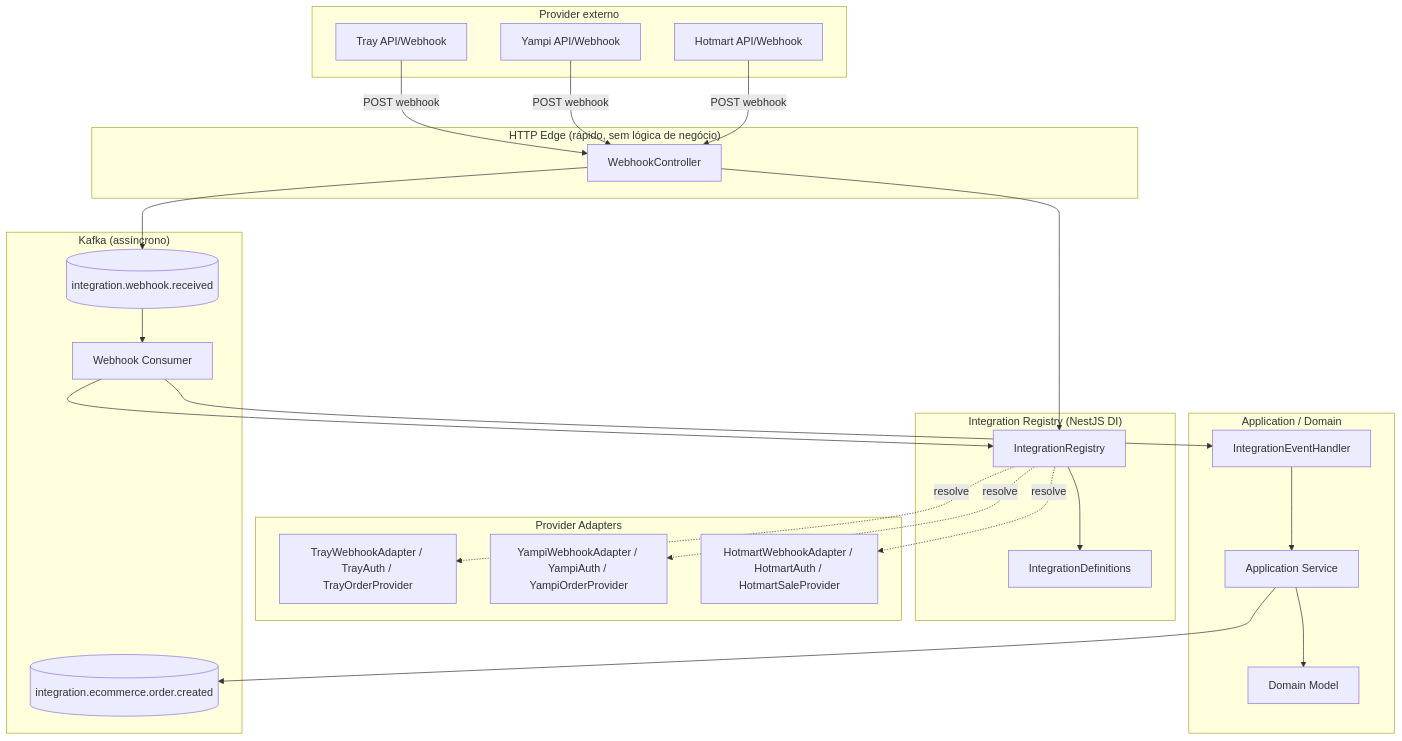
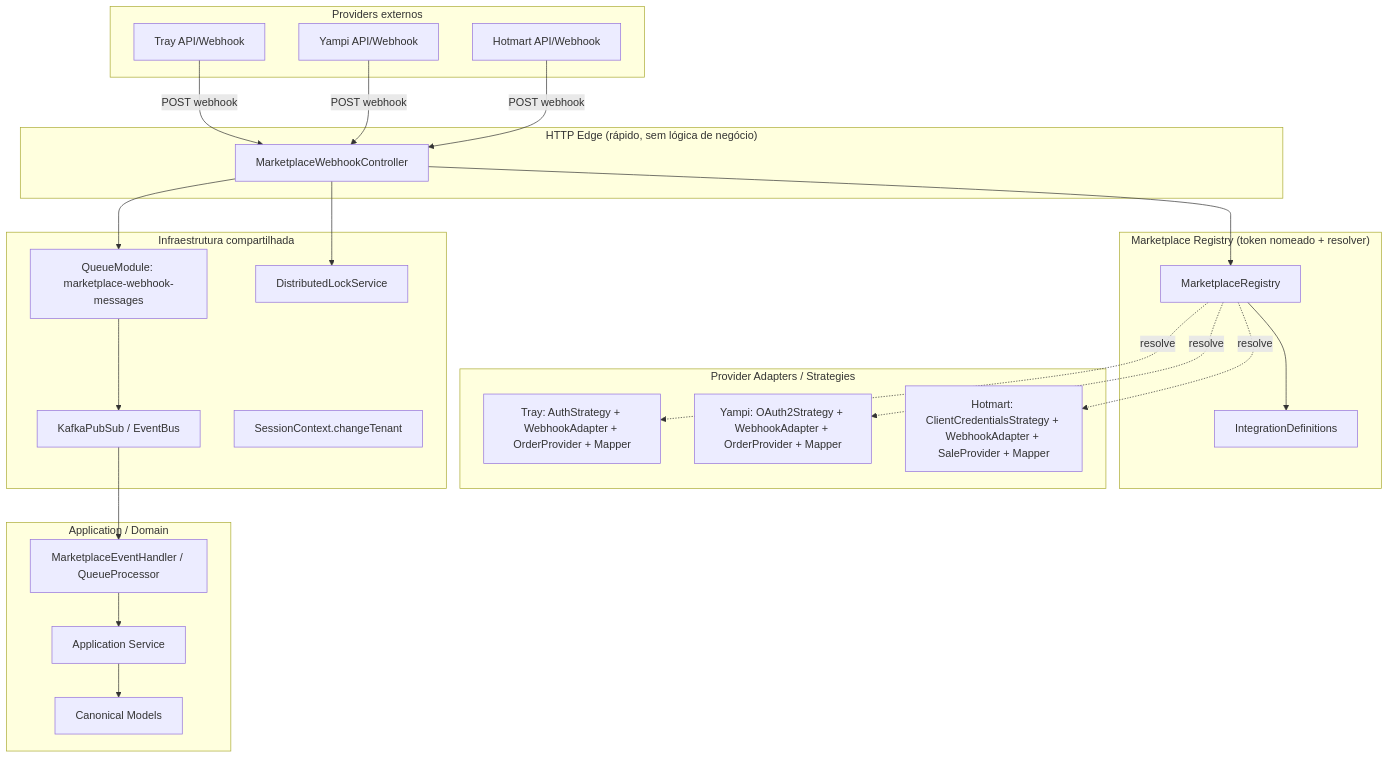
Before and after one commit to arthurhzk/arch-md: the diagram in README.md, drawn with Mermaid. The commit also changed other lines of this file, not shown here.

````diff
--- a/README.md
+++ b/README.md
@@ -89,53 +88,53 @@
 ```mermaid
 graph TB
-    subgraph Provider["Provider externo"]
+    subgraph Provider["Providers externos"]
         TRAY[Tray API/Webhook]
         YAMPI[Yampi API/Webhook]
         HOTMART[Hotmart API/Webhook]
     end
 
     subgraph Edge["HTTP Edge (rápido, sem lógica de negócio)"]
-        WC[WebhookController]
+        WC[MarketplaceWebhookController]
     end
 
-    subgraph Registry["Integration Registry (NestJS DI)"]
-        REG[IntegrationRegistry]
+    subgraph Registry["Marketplace Registry (token nomeado + resolver)"]
+        REG[MarketplaceRegistry]
         DEF[IntegrationDefinitions]
     end
 
-    subgraph Adapters["Provider Adapters"]
-        TA[TrayWebhookAdapter / TrayAuth / TrayOrderProvider]
-        YA[YampiWebhookAdapter / YampiAuth / YampiOrderProvider]
-        HA[HotmartWebhookAdapter / HotmartAuth / HotmartSaleProvider]
+    subgraph Adapters["Provider Adapters / Strategies"]
+        TA[Tray: AuthStrategy + WebhookAdapter + OrderProvider + Mapper]
+        YA[Yampi: OAuth2Strategy + WebhookAdapter + OrderProvider + Mapper]
+        HA[Hotmart: ClientCredentialsStrategy + WebhookAdapter + SaleProvider + Mapper]
     end
 
-    subgraph Async["Kafka (assíncrono)"]
-        TOPIC_RAW[(integration.webhook.received)]
-        TOPIC_DOM[(integration.ecommerce.order.created)]
-        CONSUMER[Webhook Consumer]
+    subgraph Infra["Infraestrutura compartilhada"]
+        QUEUE[QueueModule: marketplace-webhook-messages]
+        KFK[KafkaPubSub / EventBus]
+        LOCK[DistributedLockService]
+        CLS[SessionContext.changeTenant]
     end
 
     subgraph App["Application / Domain"]
-        HANDLER[IntegrationEventHandler]
+        HANDLER[MarketplaceEventHandler / QueueProcessor]
         SVC[Application Service]
-        DOM[Domain Model]
+        DOM[Canonical Models]
     end
 
     TRAY -->|POST webhook| WC
     YAMPI -->|POST webhook| WC
     HOTMART -->|POST webhook| WC
 
     WC --> REG
     REG --> DEF
     REG -.resolve.-> TA
     REG -.resolve.-> YA
     REG -.resolve.-> HA
 
-    WC --> TOPIC_RAW
-    TOPIC_RAW --> CONSUMER
-    CONSUMER --> REG
-    CONSUMER --> HANDLER
+    WC --> LOCK
+    WC --> QUEUE
+    QUEUE --> KFK
+    KFK --> HANDLER
     HANDLER --> SVC
     SVC --> DOM
-    SVC --> TOPIC_DOM
 ```
````
